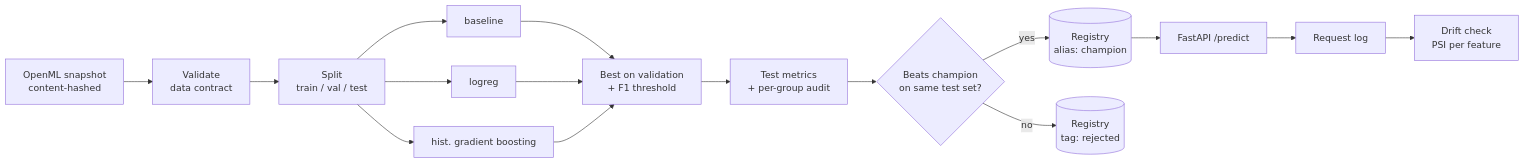
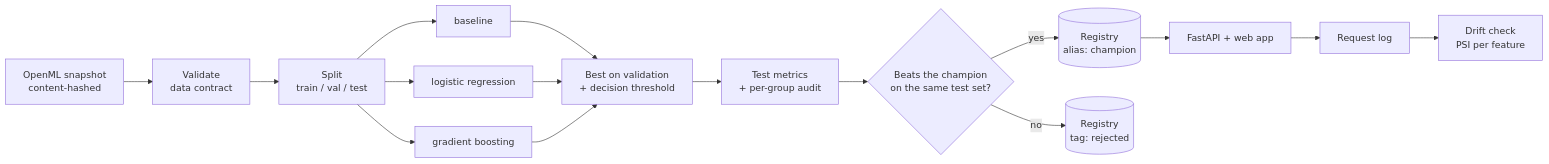
The diagram in README.md (Adversitas/ML-income-predictor), drawn with Mermaid before and after one commit. The commit also changed other lines of this file and 6 other files, not shown here.

````diff
--- a/README.md
+++ b/README.md
@@ -10,16 +97,16 @@
 ```mermaid
 flowchart LR
     A[OpenML snapshot<br/>content-hashed] --> B[Validate<br/>data contract]
     B --> C[Split<br/>train / val / test]
     C --> D1[baseline]
-    C --> D2[logreg]
-    C --> D3[hist. gradient boosting]
-    D1 & D2 & D3 --> E[Best on validation<br/>+ F1 threshold]
+    C --> D2[logistic regression]
+    C --> D3[gradient boosting]
+    D1 & D2 & D3 --> E[Best on validation<br/>+ decision threshold]
     E --> F[Test metrics<br/>+ per-group audit]
-    F --> G{Beats champion<br/>on same test set?}
+    F --> G{Beats the champion<br/>on the same test set?}
     G -- yes --> H[(Registry<br/>alias: champion)]
     G -- no --> I[(Registry<br/>tag: rejected)]
-    H --> J[FastAPI /predict]
+    H --> J[FastAPI + web app]
     J --> K[Request log]
     K --> L[Drift check<br/>PSI per feature]
 ```
````
